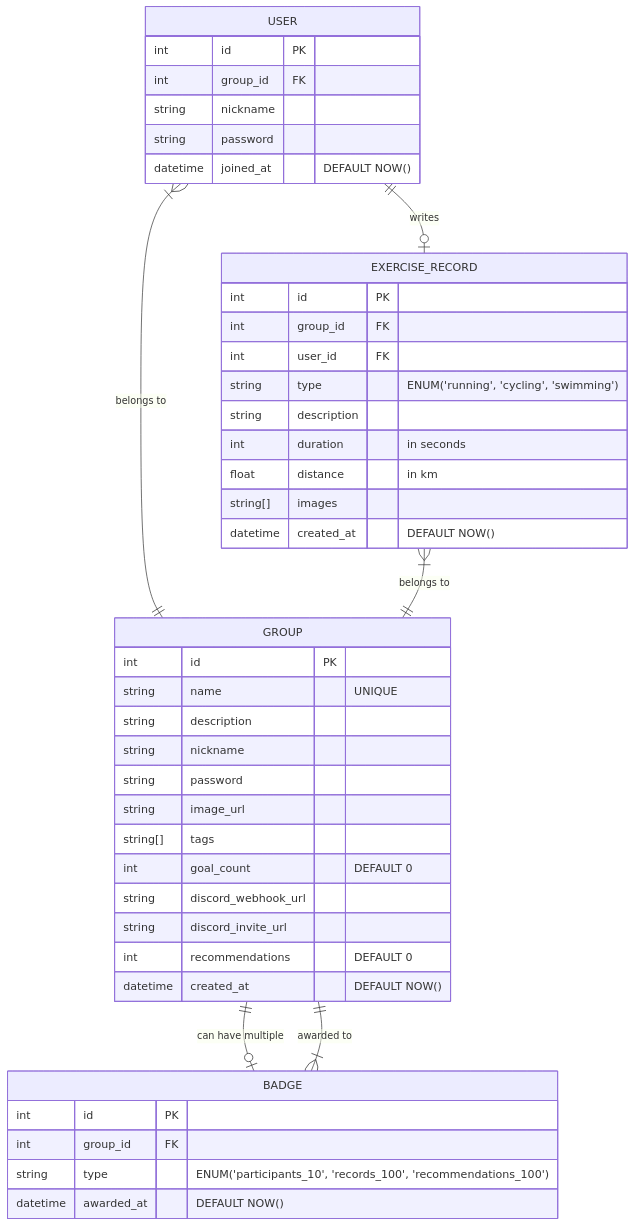
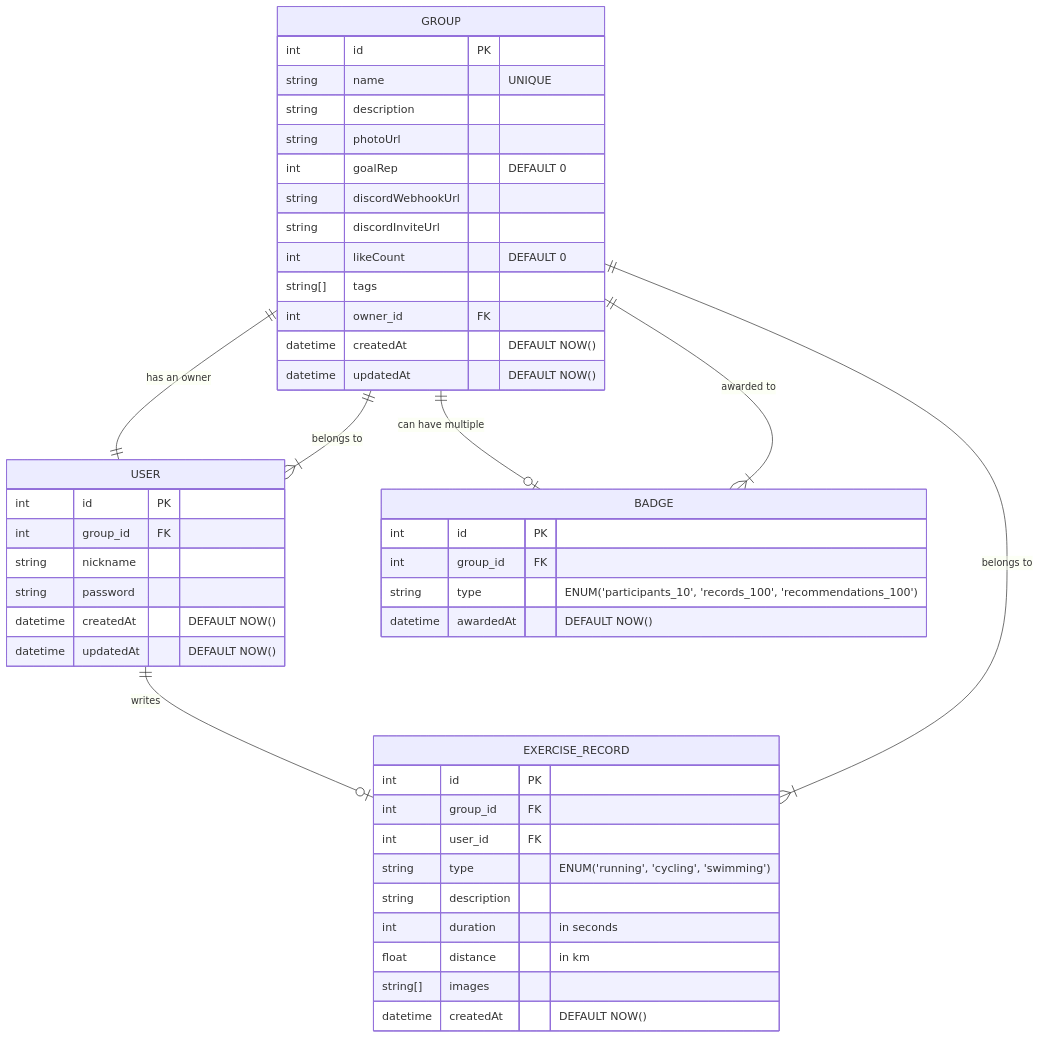
Before and after one commit to funfungun/mermaid: the diagram in README.md, drawn with Mermaid. The commit also changed other lines of this file, not shown here.

````diff
--- a/README.md
+++ b/README.md
@@ -3,50 +1,52 @@
 ```mermaid
 erDiagram
     GROUP {
         int id PK
-        string name "UNIQUE" 
+        string name "UNIQUE"
         string description
-        string nickname
-        string password
-        string image_url
+        string photoUrl
+        int goalRep "DEFAULT 0"
+        string discordWebhookUrl
+        string discordInviteUrl
+        int likeCount "DEFAULT 0"
         string[] tags
-        int goal_count "DEFAULT 0"
-        string discord_webhook_url
-        string discord_invite_url
-        int recommendations "DEFAULT 0"
-        datetime created_at "DEFAULT NOW()"
+        int owner_id FK
+        datetime createdAt "DEFAULT NOW()"
+        datetime updatedAt "DEFAULT NOW()"
     }
 
     USER {
         int id PK
         int group_id FK
         string nickname
         string password
-        datetime joined_at "DEFAULT NOW()"
+        datetime createdAt "DEFAULT NOW()"
+        datetime updatedAt "DEFAULT NOW()"
     }
     USER }|--|| GROUP : "belongs to"
     USER ||--o| EXERCISE_RECORD : "writes"
+    GROUP ||--|| USER : "has an owner"
 
     EXERCISE_RECORD {
         int id PK
         int group_id FK
         int user_id FK
         string type "ENUM('running', 'cycling', 'swimming')"
         string description
         int duration "in seconds"
         float distance "in km"
         string[] images
-        datetime created_at "DEFAULT NOW()"
+        datetime createdAt "DEFAULT NOW()"
     }
     EXERCISE_RECORD }|--|| GROUP : "belongs to"
 
     BADGE {
         int id PK
         int group_id FK
         string type "ENUM('participants_10', 'records_100', 'recommendations_100')"
-        datetime awarded_at "DEFAULT NOW()"
+        datetime awardedAt "DEFAULT NOW()"
     }
     BADGE }|--|| GROUP : "awarded to"
 
     GROUP ||--o| BADGE : "can have multiple"
 ```
````
